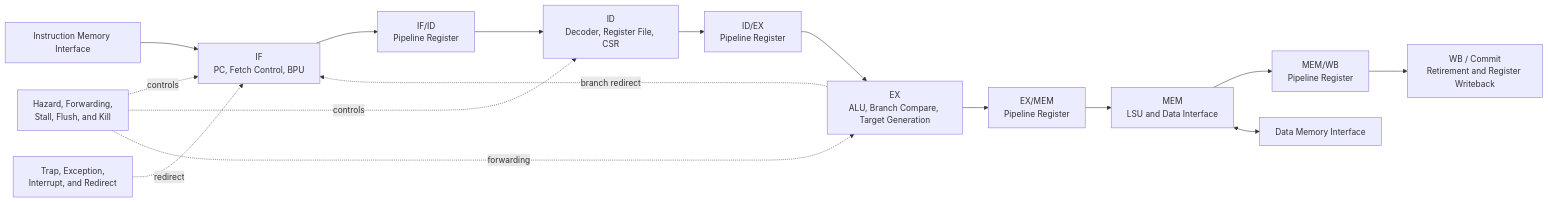
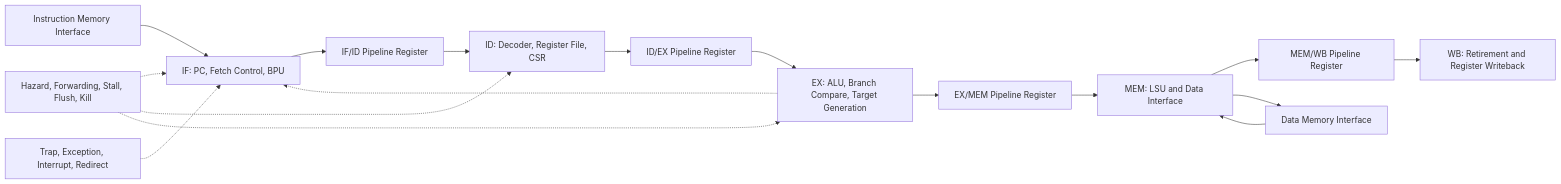
The diagram in README.md (Zhungg/rv32i-cpu-openlane), drawn with Mermaid before and after one commit.

Commit message:
Docs: fix GitHub Mermaid pipeline rendering
Use conservative Mermaid flowchart syntax so the RV32I pipeline diagram renders correctly on GitHub.

````diff
--- a/README.md
+++ b/README.md
@@ -55,33 +55,35 @@
 ```mermaid
-flowchart LR
-    IMEM[Instruction Memory Interface]
-    FETCH["IF<br/>PC, Fetch Control, BPU"]
-    IFID["IF/ID<br/>Pipeline Register"]
-    DECODE["ID<br/>Decoder, Register File, CSR"]
-    IDEX["ID/EX<br/>Pipeline Register"]
-    EXECUTE["EX<br/>ALU, Branch Compare, Target Generation"]
-    EXMEM["EX/MEM<br/>Pipeline Register"]
-    MEMORY["MEM<br/>LSU and Data Interface"]
-    MEMWB["MEM/WB<br/>Pipeline Register"]
-    COMMIT["WB / Commit<br/>Retirement and Register Writeback"]
-    DMEM[Data Memory Interface]
-    CONTROL["Hazard, Forwarding,<br/>Stall, Flush, and Kill"]
-    TRAP["Trap, Exception,<br/>Interrupt, and Redirect"]
+graph LR
+    IMEM["Instruction Memory Interface"]
+    FETCH["IF: PC, Fetch Control, BPU"]
+    IFID["IF/ID Pipeline Register"]
+    DECODE["ID: Decoder, Register File, CSR"]
+    IDEX["ID/EX Pipeline Register"]
+    EXECUTE["EX: ALU, Branch Compare, Target Generation"]
+    EXMEM["EX/MEM Pipeline Register"]
+    MEMORY["MEM: LSU and Data Interface"]
+    MEMWB["MEM/WB Pipeline Register"]
+    COMMIT["WB: Retirement and Register Writeback"]
+    DMEM["Data Memory Interface"]
+    CONTROL["Hazard, Forwarding, Stall, Flush, Kill"]
+    TRAP["Trap, Exception, Interrupt, Redirect"]
 
     IMEM --> FETCH
     FETCH --> IFID
     IFID --> DECODE
     DECODE --> IDEX
     IDEX --> EXECUTE
     EXECUTE --> EXMEM
     EXMEM --> MEMORY
     MEMORY --> MEMWB
     MEMWB --> COMMIT
-    MEMORY <--> DMEM
 
-    CONTROL -. controls .-> FETCH
-    CONTROL -. controls .-> DECODE
-    CONTROL -. forwarding .-> EXECUTE
-    TRAP -. redirect .-> FETCH
-    EXECUTE -. branch redirect .-> FETCH
+    MEMORY --> DMEM
+    DMEM --> MEMORY
+
+    CONTROL -.-> FETCH
+    CONTROL -.-> DECODE
+    CONTROL -.-> EXECUTE
+    TRAP -.-> FETCH
+    EXECUTE -.-> FETCH
 ```
````
